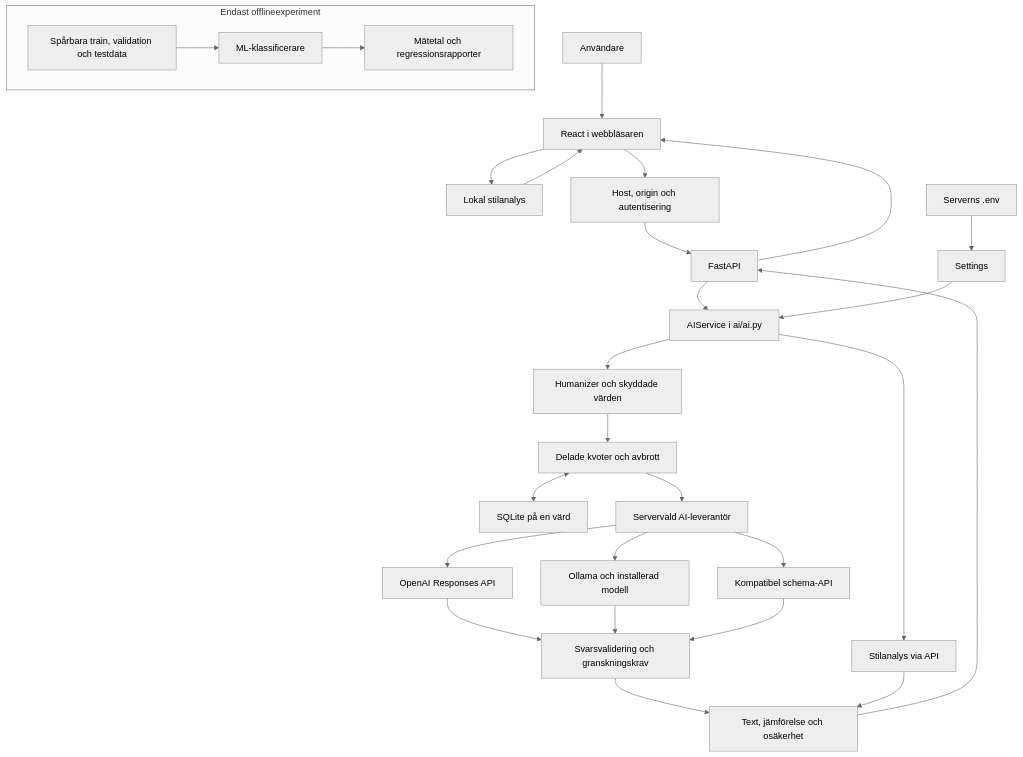
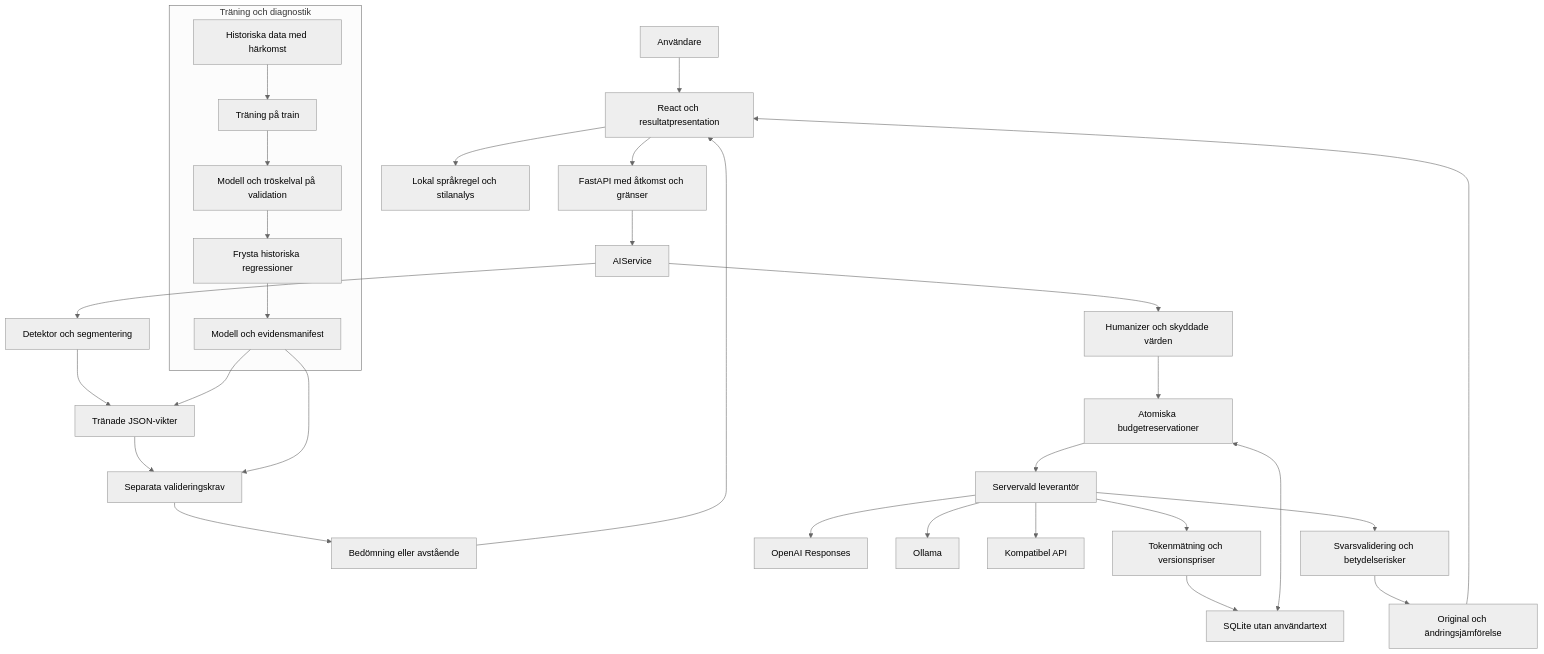
The diagram in docs/ARCHITECTURE.mmd (sharbel0022/AiDetector), drawn with Mermaid (neutral theme) before and after one commit. The commit also changed 69 other files, not shown here.

First line of the commit message:
feat: implement TextLab V5 analysis, editing and usage pipeline

```diff
--- a/docs/ARCHITECTURE.mmd
+++ b/docs/ARCHITECTURE.mmd
@@ -1,28 +1,30 @@
 flowchart TD
-    U[Användare] --> F[React i webbläsaren]
-    F --> L[Lokal stilanalys]
-    L --> F
-    F --> S[Host, origin och autentisering]
-    S --> B[FastAPI]
-    B --> A[AIService i ai/ai.py]
-    A --> D[Stilanalys via API]
-    A --> H[Humanizer och skyddade värden]
-    H --> Q[Delade kvoter och avbrott]
-    Q <--> DB[SQLite på en värd]
-    Q --> P[Servervald AI-leverantör]
-    P --> O[OpenAI Responses API]
-    P --> LL[Ollama och installerad modell]
-    P --> C[Kompatibel schema-API]
-    O --> V[Svarsvalidering och granskningskrav]
-    LL --> V
-    C --> V
-    V --> R[Text, jämförelse och osäkerhet]
-    D --> R
-    R --> B
-    B --> F
-    ENV[Serverns .env] --> CFG[Settings]
-    CFG --> A
-    subgraph EXP[Endast offlineexperiment]
-        DS[Spårbara train, validation och testdata] --> ML[ML-klassificerare]
-        ML --> EV[Mätetal och regressionsrapporter]
+    User[Användare] --> React[React och resultatpresentation]
+    React --> Local[Lokal språkregel och stilanalys]
+    React --> HTTP[FastAPI med åtkomst och gränser]
+    HTTP --> AI[AIService]
+    AI --> Detector[Detektor och segmentering]
+    Detector --> Weights[Tränade JSON-vikter]
+    Weights --> Gates[Separata valideringskrav]
+    Gates --> Results[Bedömning eller avstående]
+    Results --> React
+    AI --> Humanizer[Humanizer och skyddade värden]
+    Humanizer --> Quota[Atomiska budgetreservationer]
+    Quota --> Providers[Servervald leverantör]
+    Providers --> OpenAI[OpenAI Responses]
+    Providers --> Ollama[Ollama]
+    Providers --> Compatible[Kompatibel API]
+    Providers --> Usage[Tokenmätning och versionspriser]
+    Usage --> SQLite[SQLite utan användartext]
+    Quota <--> SQLite
+    Providers --> Validation[Svarsvalidering och betydelserisker]
+    Validation --> Comparison[Original och ändringsjämförelse]
+    Comparison --> React
+    subgraph Research[Träning och diagnostik]
+        Data[Historiska data med härkomst] --> Training[Träning på train]
+        Training --> Selection[Modell och tröskelval på validation]
+        Selection --> Evaluation[Frysta historiska regressioner]
+        Evaluation --> Manifest[Modell och evidensmanifest]
     end
+    Manifest --> Weights
+    Manifest --> Gates
```
